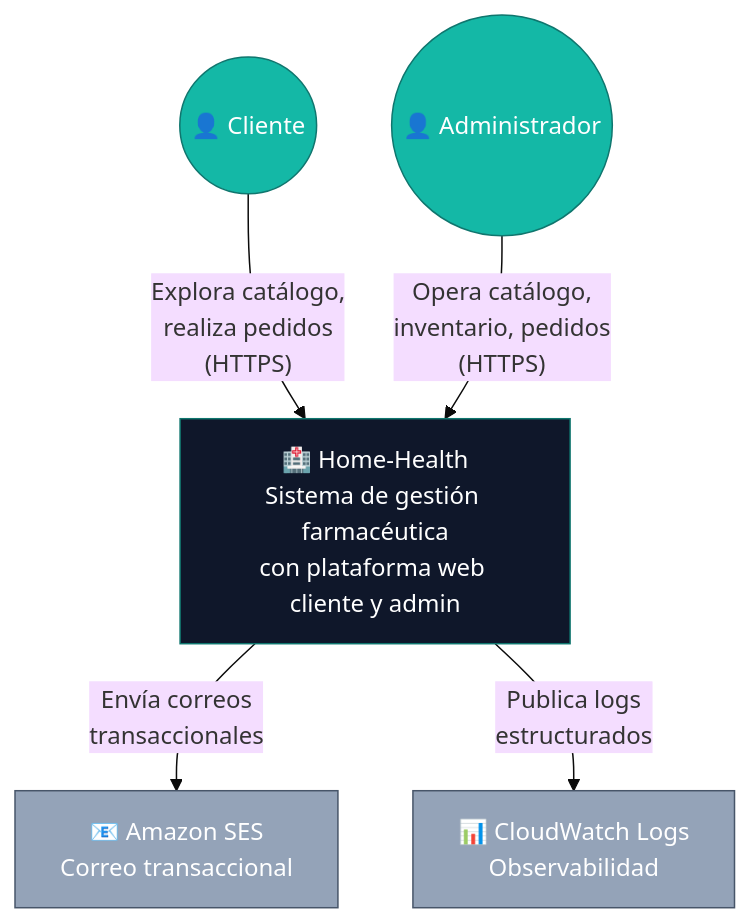
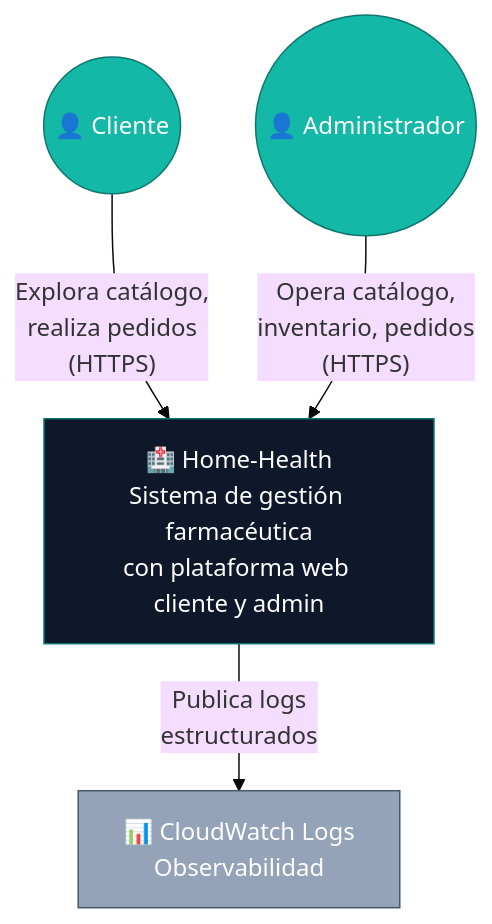
The first of 4 diagrams in docs/03-arquitectura/diagramas-C4.md (SEBBAS-5pg/Home-Health), drawn with Mermaid (base theme) before and after one commit. The commit also changed other lines of this file and 108 other files, not shown here.

````diff
--- a/docs/03-arquitectura/diagramas-C4.md
+++ b/docs/03-arquitectura/diagramas-C4.md
@@ -56,20 +54,18 @@
 ```mermaid
 flowchart TB
     Cliente(("👤 Cliente"))
     Admin(("👤 Administrador"))
     HH["🏥 Home-Health<br/>Sistema de gestión farmacéutica<br/>con plataforma web cliente y admin"]
-    SES["📧 Amazon SES<br/>Correo transaccional"]
     CW["📊 CloudWatch Logs<br/>Observabilidad"]
 
     Cliente -->|"Explora catálogo,<br/>realiza pedidos<br/>(HTTPS)"| HH
     Admin -->|"Opera catálogo,<br/>inventario, pedidos<br/>(HTTPS)"| HH
-    HH -->|"Envía correos<br/>transaccionales"| SES
     HH -->|"Publica logs<br/>estructurados"| CW
 
     classDef person fill:#14B8A6,stroke:#0F766E,color:#fff
     classDef system fill:#0F172A,stroke:#0F766E,color:#fff
     classDef external fill:#94A3B8,stroke:#475569,color:#fff
     class Cliente,Admin person
     class HH system
-    class SES,CW external
+    class CW external
 ```
````
